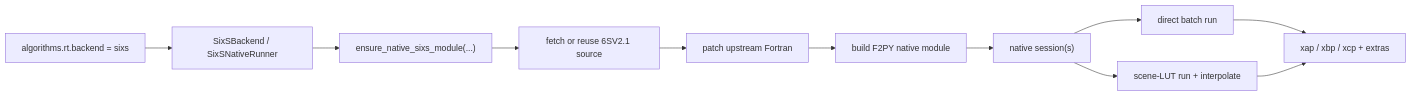
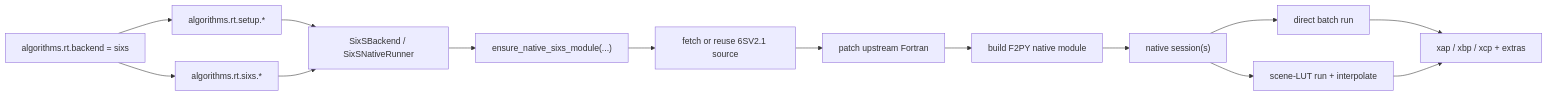
The diagram in docs/architecture/native-sixs-backend.md (MarcYin/SIAC), drawn with Mermaid before and after one commit. The commit also changed other lines of this file and 27 other files, not shown here.

````diff
--- a/docs/architecture/native-sixs-backend.md
+++ b/docs/architecture/native-sixs-backend.md
@@ -31,13 +40,16 @@
 ```mermaid
 flowchart LR
-    Config["algorithms.rt.backend = sixs"] --> Runner["SixSBackend / SixSNativeRunner"]
+    Config["algorithms.rt.backend = sixs"] --> Setup["algorithms.rt.setup.*"]
+    Config --> NativeCfg["algorithms.rt.sixs.*"]
+    Setup --> Runner["SixSBackend / SixSNativeRunner"]
+    NativeCfg --> Runner
     Runner --> Build["ensure_native_sixs_module(...)"]
     Build --> Source["fetch or reuse 6SV2.1 source"]
     Source --> Patch["patch upstream Fortran"]
     Patch --> Compile["build F2PY native module"]
     Compile --> Session["native session(s)"]
     Session --> Direct["direct batch run"]
     Session --> SceneLUT["scene-LUT run + interpolate"]
     Direct --> Outputs["xap / xbp / xcp + extras"]
     SceneLUT --> Outputs
 ```
````
